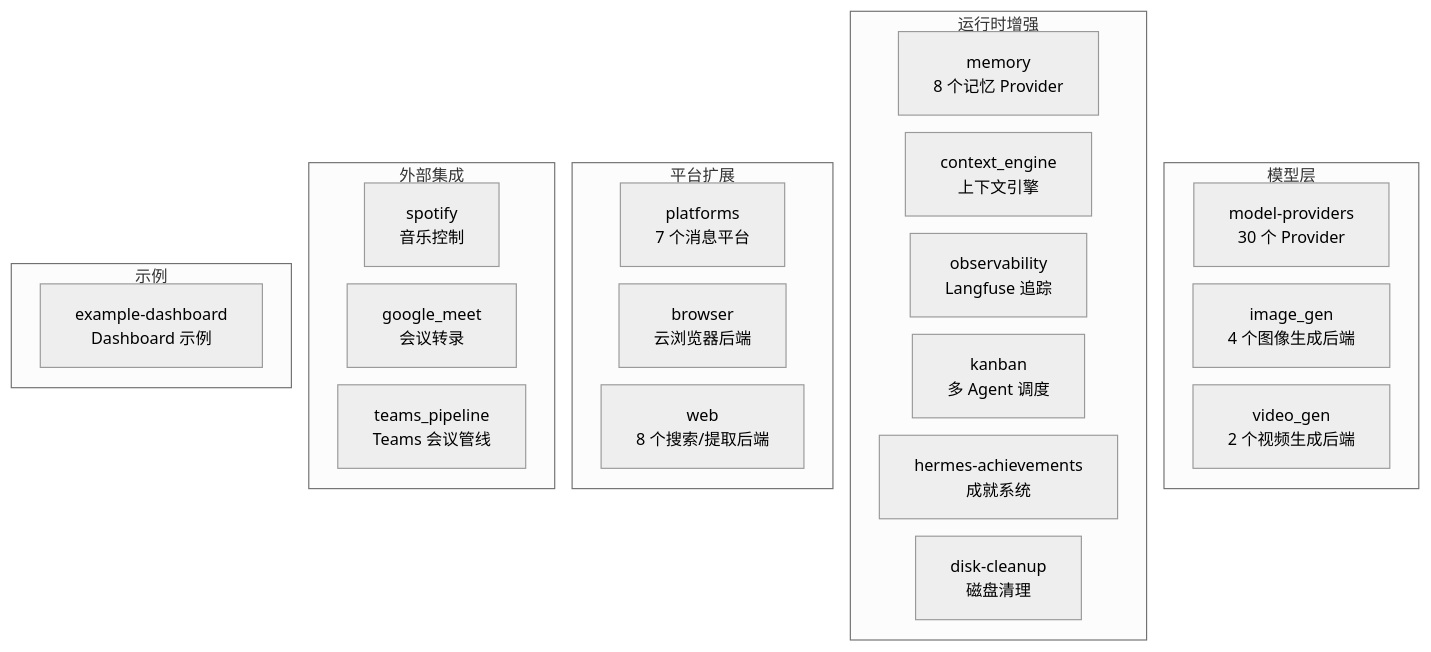
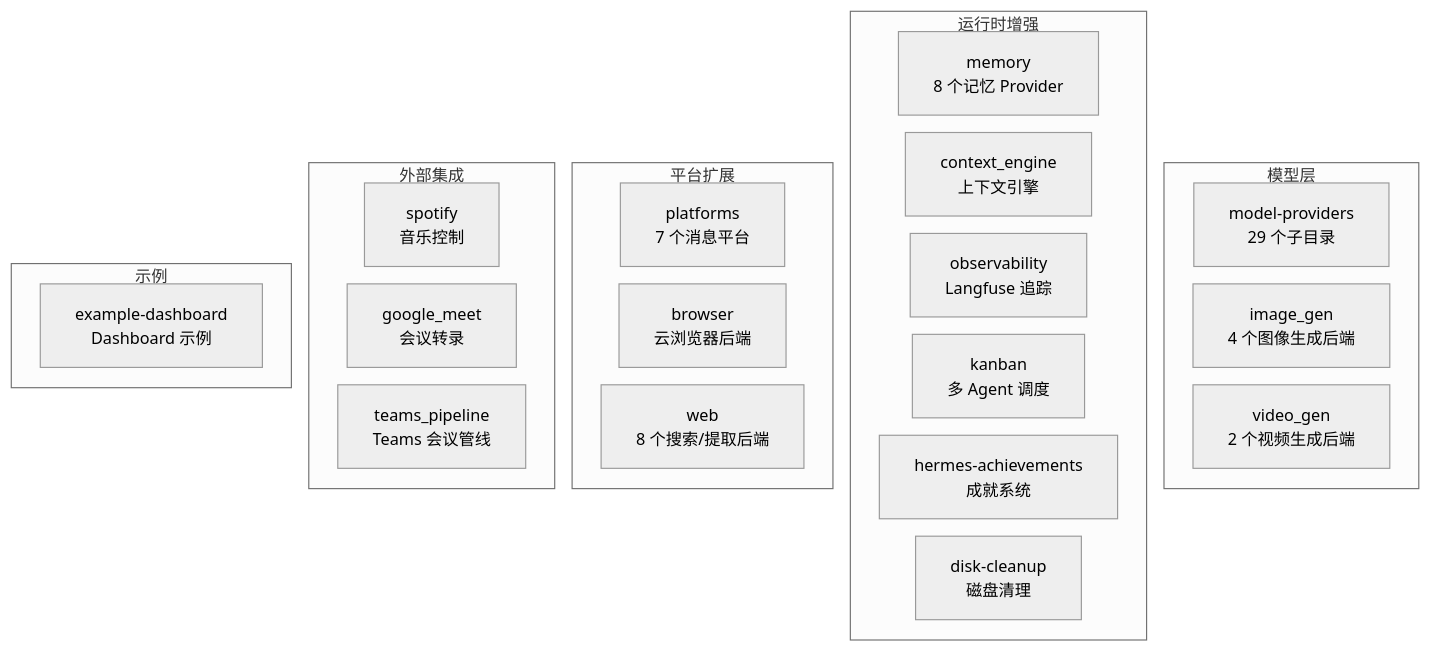
The diagram in docs/zh/08-内置插件.md (fang-lin/hermes-agent-code-analysis), drawn with Mermaid before and after one commit. The commit also changed other lines of this file and 5 other files, not shown here.

````diff
--- a/docs/zh/08-内置插件.md
+++ b/docs/zh/08-内置插件.md
@@ -18,30 +18,30 @@
 ```mermaid
 %%{init: {"theme": "neutral", "themeVariables": {"fontSize": "14px"}, "flowchart": {"nodeSpacing": 15, "rankSpacing": 25}}}%%
 graph TD
     subgraph MODEL ["模型层"]
-        MP["model-providers<br/>30 个 Provider"]
+        MP["model-providers<br/>29 个子目录"]
         IMG["image_gen<br/>4 个图像生成后端"]
         VID["video_gen<br/>2 个视频生成后端"]
     end
     subgraph RUNTIME ["运行时增强"]
         MEM["memory<br/>8 个记忆 Provider"]
         CTX["context_engine<br/>上下文引擎"]
         OBS["observability<br/>Langfuse 追踪"]
         KAN["kanban<br/>多 Agent 调度"]
         ACH["hermes-achievements<br/>成就系统"]
         DISK["disk-cleanup<br/>磁盘清理"]
     end
     subgraph PLATFORM ["平台扩展"]
         PLAT["platforms<br/>7 个消息平台"]
         BRW["browser<br/>云浏览器后端"]
         WEB["web<br/>8 个搜索/提取后端"]
     end
     subgraph INTEGRATION ["外部集成"]
         SPO["spotify<br/>音乐控制"]
         GM["google_meet<br/>会议转录"]
         TEAMS["teams_pipeline<br/>Teams 会议管线"]
     end
     subgraph DEMO ["示例"]
         EX["example-dashboard<br/>Dashboard 示例"]
     end
 ```
````
